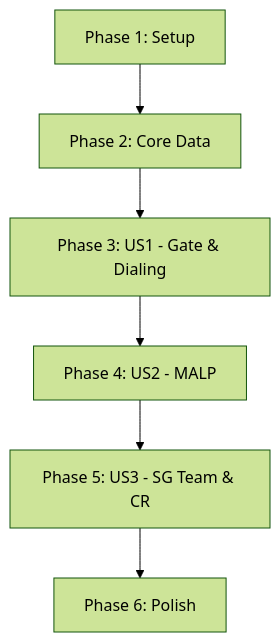
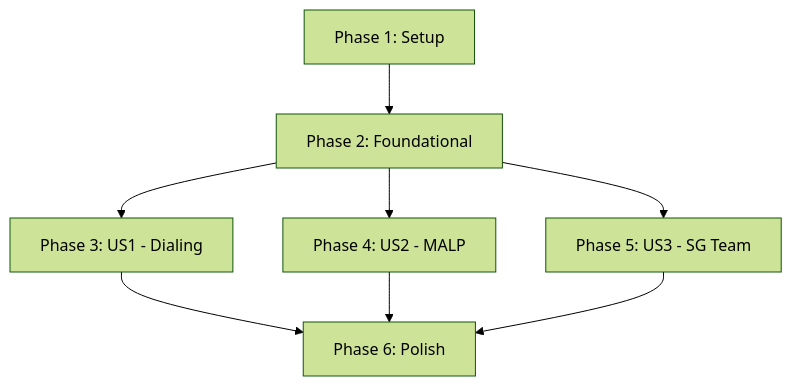
One commit to dylanbehetre/stargate-chronicles changed the diagram in specs/001-sgc-command-interface/tasks.md. Above: the diagram before and after it, drawn with Mermaid (forest theme). The commit also changed other lines of this file and 34 other files, not shown here.

````diff
--- a/specs/001-sgc-command-interface/tasks.md
+++ b/specs/001-sgc-command-interface/tasks.md
@@ -76,8 +120,10 @@
 ```mermaid
 graph TD
-    P1[Phase 1: Setup] --> P2[Phase 2: Core Data]
-    P2 --> US1[Phase 3: US1 - Gate & Dialing]
-    US1 --> US2[Phase 4: US2 - MALP]
-    US2 --> US3[Phase 5: US3 - SG Team & CR]
-    US3 --> P6[Phase 6: Polish]
+    P1[Phase 1: Setup] --> P2[Phase 2: Foundational]
+    P2 --> US1[Phase 3: US1 - Dialing]
+    P2 --> US2[Phase 4: US2 - MALP]
+    P2 --> US3[Phase 5: US3 - SG Team]
+    US1 --> Polish[Phase 6: Polish]
+    US2 --> Polish
+    US3 --> Polish
 ```
````
